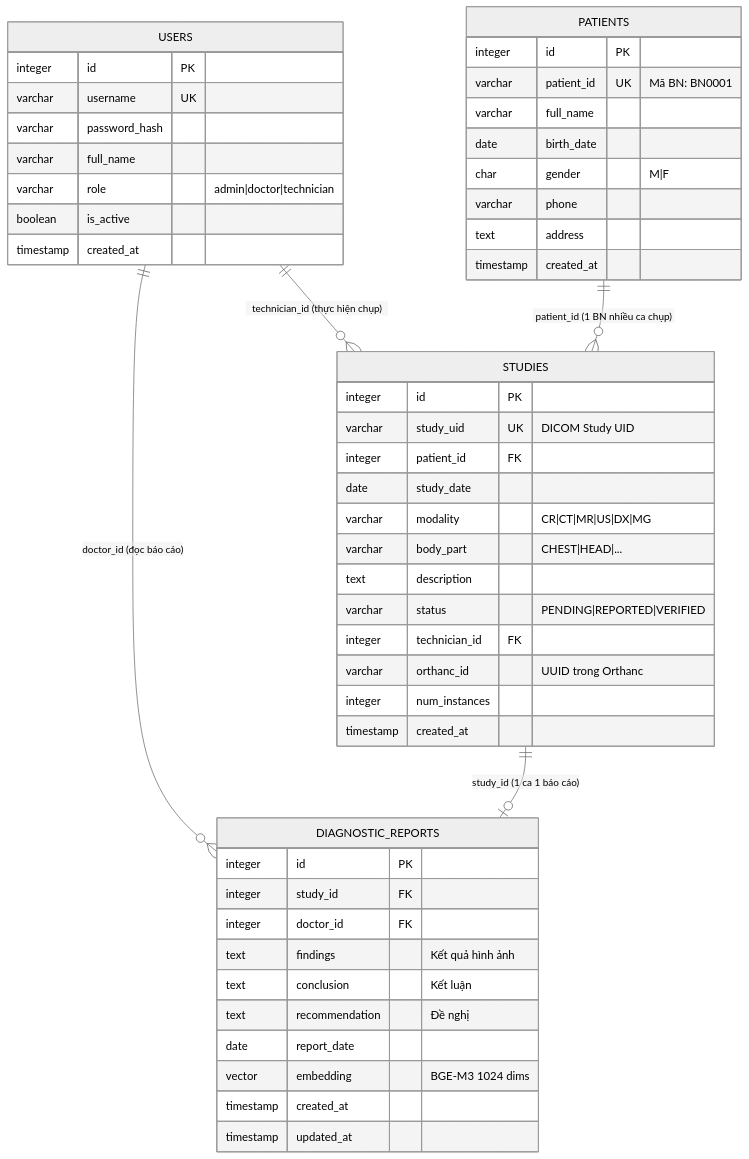
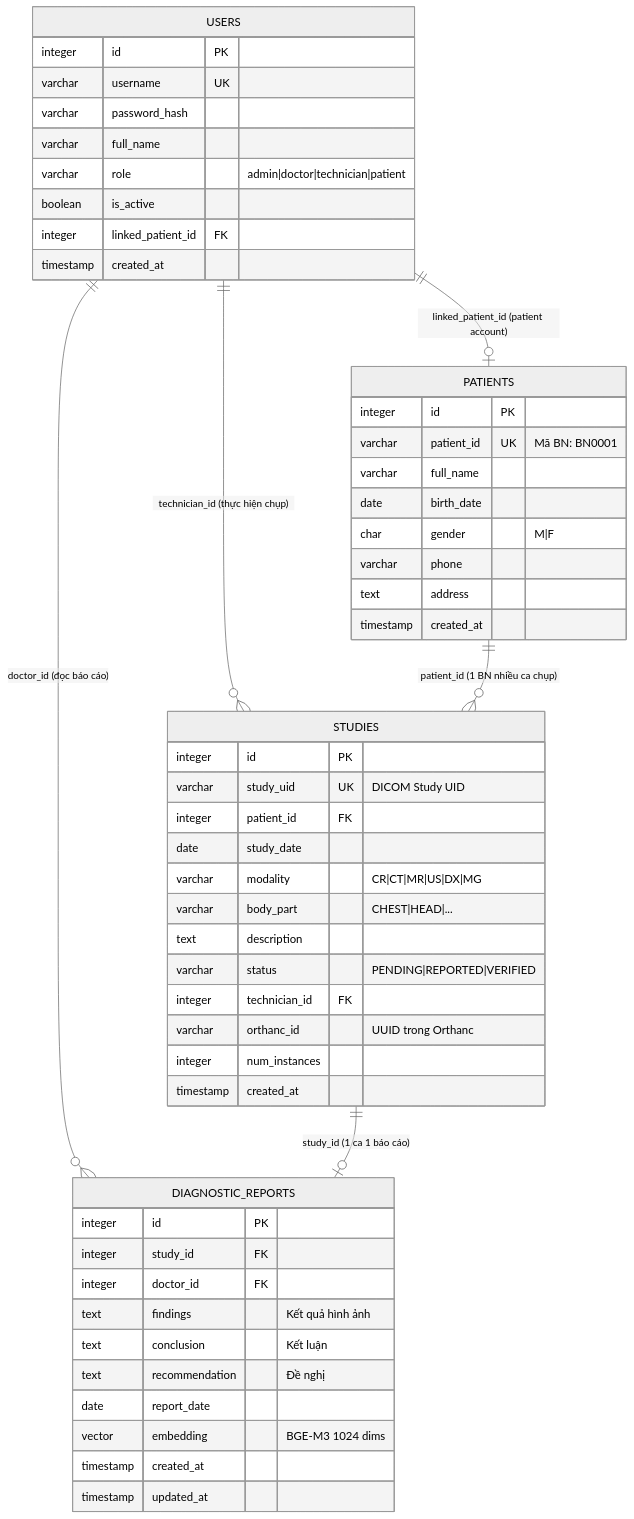
Before and after one commit to HoangDLongg/pacs-long: the diagram in docs/02_erd_database.md, drawn with Mermaid (neutral theme). The commit also changed other lines of this file and 2 other files, not shown here.

Commit message:
docs: update MD files - add patient role, fix ERD, update roadmap

````diff
--- a/docs/02_erd_database.md
+++ b/docs/02_erd_database.md
@@ -5,56 +5,58 @@
 ```mermaid
 erDiagram
     USERS {
         integer id PK
         varchar username UK
         varchar password_hash
         varchar full_name
-        varchar role "admin|doctor|technician"
+        varchar role "admin|doctor|technician|patient"
         boolean is_active
+        integer linked_patient_id FK
         timestamp created_at
     }
 
     PATIENTS {
         integer id PK
         varchar patient_id UK "Mã BN: BN0001"
         varchar full_name
         date birth_date
         char gender "M|F"
         varchar phone
         text address
         timestamp created_at
     }
 
     STUDIES {
         integer id PK
         varchar study_uid UK "DICOM Study UID"
         integer patient_id FK
         date study_date
         varchar modality "CR|CT|MR|US|DX|MG"
         varchar body_part "CHEST|HEAD|..."
         text description
         varchar status "PENDING|REPORTED|VERIFIED"
         integer technician_id FK
         varchar orthanc_id "UUID trong Orthanc"
         integer num_instances
         timestamp created_at
     }
 
     DIAGNOSTIC_REPORTS {
         integer id PK
         integer study_id FK
         integer doctor_id FK
         text findings "Kết quả hình ảnh"
         text conclusion "Kết luận"
         text recommendation "Đề nghị"
         date report_date
         vector embedding "BGE-M3 1024 dims"
         timestamp created_at
         timestamp updated_at
     }
 
     USERS ||--o{ STUDIES : "technician_id (thực hiện chụp)"
     USERS ||--o{ DIAGNOSTIC_REPORTS : "doctor_id (đọc báo cáo)"
     PATIENTS ||--o{ STUDIES : "patient_id (1 BN nhiều ca chụp)"
     STUDIES ||--o| DIAGNOSTIC_REPORTS : "study_id (1 ca 1 báo cáo)"
+    USERS ||--o| PATIENTS : "linked_patient_id (patient account)"
 ```
````
